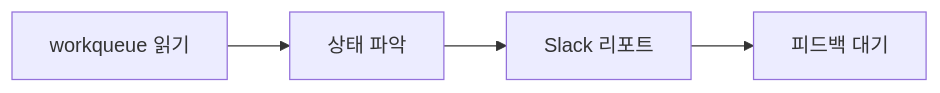
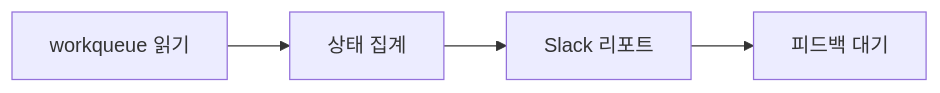
One commit to org-tinysolver/ground-truth changed the second of 2 diagrams in docs/agents/teams/workqueue-manager.mdx. Above: the diagram before and after it, drawn with Mermaid. The commit also changed other lines of this file, not shown here.

````diff
--- a/docs/agents/teams/workqueue-manager.mdx
+++ b/docs/agents/teams/workqueue-manager.mdx
@@ -19,6 +33,6 @@
 ```mermaid
 flowchart LR
-    A[workqueue 읽기] --> B[상태 파악]
+    A[workqueue 읽기] --> B[상태 집계]
     B --> C[Slack 리포트]
     C --> D[피드백 대기]
 ```
````
